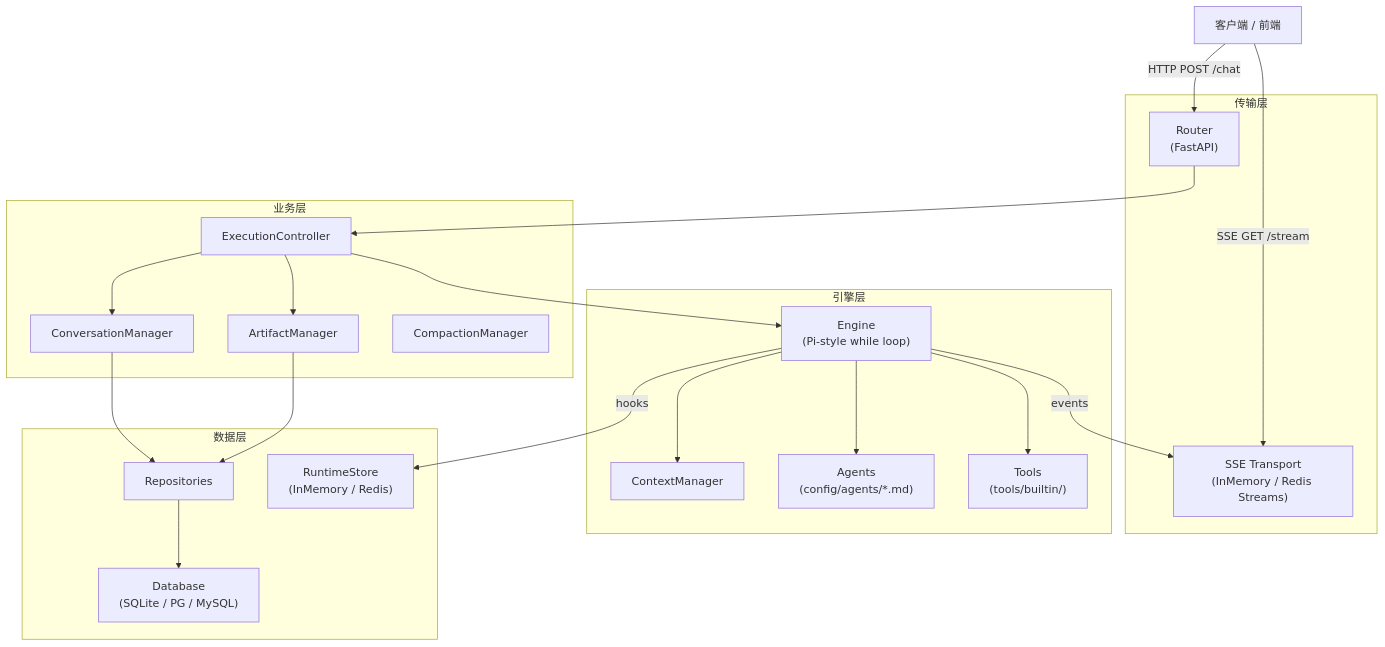
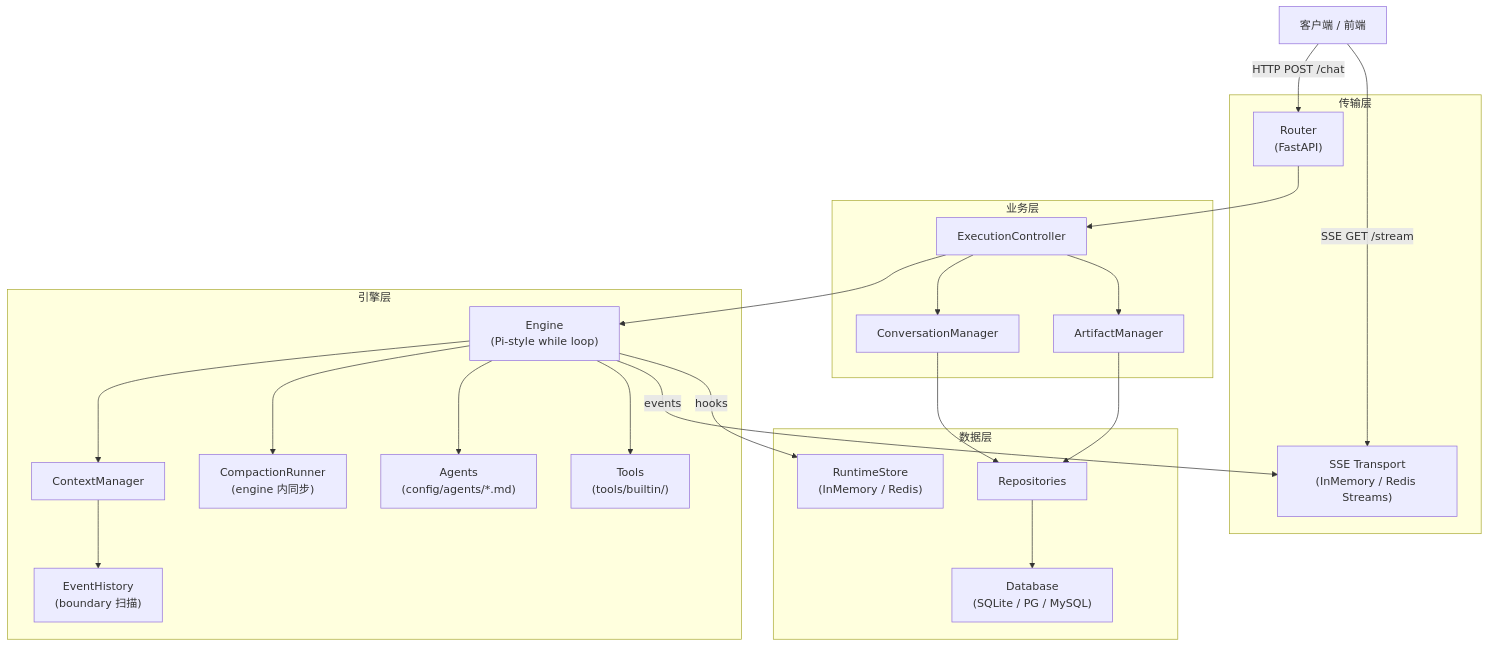
One commit to Neutrino1998/artifact-flow changed the first of 4 diagrams in docs/architecture/overview.md. Above: the diagram before and after it, drawn with Mermaid. The commit also changed other lines of this file and 10 other files, not shown here.

First line of the commit message:
docs: sync architecture/guides/deployment to in-engine compaction model

````diff
--- a/docs/architecture/overview.md
+++ b/docs/architecture/overview.md
@@ -7,44 +7,47 @@
 ```mermaid
 graph TB
     Client[客户端 / 前端]
 
     subgraph Transport["传输层"]
         Router["Router<br/>(FastAPI)"]
         SSE["SSE Transport<br/>(InMemory / Redis Streams)"]
     end
 
     subgraph Business["业务层"]
         Controller["ExecutionController"]
         ConvManager["ConversationManager"]
         ArtifactManager["ArtifactManager"]
-        CompactionManager["CompactionManager"]
     end
 
     subgraph Core["引擎层"]
         Engine["Engine<br/>(Pi-style while loop)"]
         ContextManager["ContextManager"]
+        EventHistory["EventHistory<br/>(boundary 扫描)"]
+        CompactionRunner["CompactionRunner<br/>(engine 内同步)"]
         Agents["Agents<br/>(config/agents/*.md)"]
         Tools["Tools<br/>(tools/builtin/)"]
     end
 
     subgraph Data["数据层"]
         Repo["Repositories"]
         DB["Database<br/>(SQLite / PG / MySQL)"]
         RuntimeStore["RuntimeStore<br/>(InMemory / Redis)"]
     end
 
     Client -->|HTTP POST /chat| Router
     Client -->|SSE GET /stream| SSE
     Router --> Controller
     Controller --> Engine
     Controller --> ConvManager
     Controller --> ArtifactManager
     Engine --> ContextManager
+    ContextManager --> EventHistory
+    Engine --> CompactionRunner
     Engine --> Agents
     Engine --> Tools
     Engine -->|events| SSE
     ConvManager --> Repo
     ArtifactManager --> Repo
     Repo --> DB
     Engine -->|hooks| RuntimeStore
 ```
````
